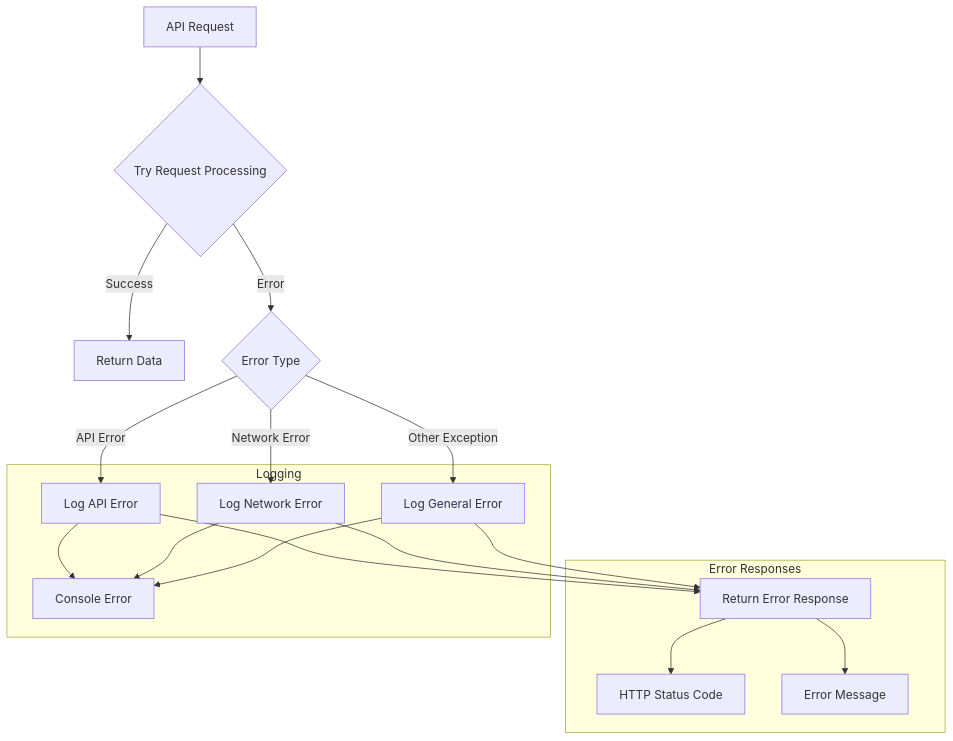
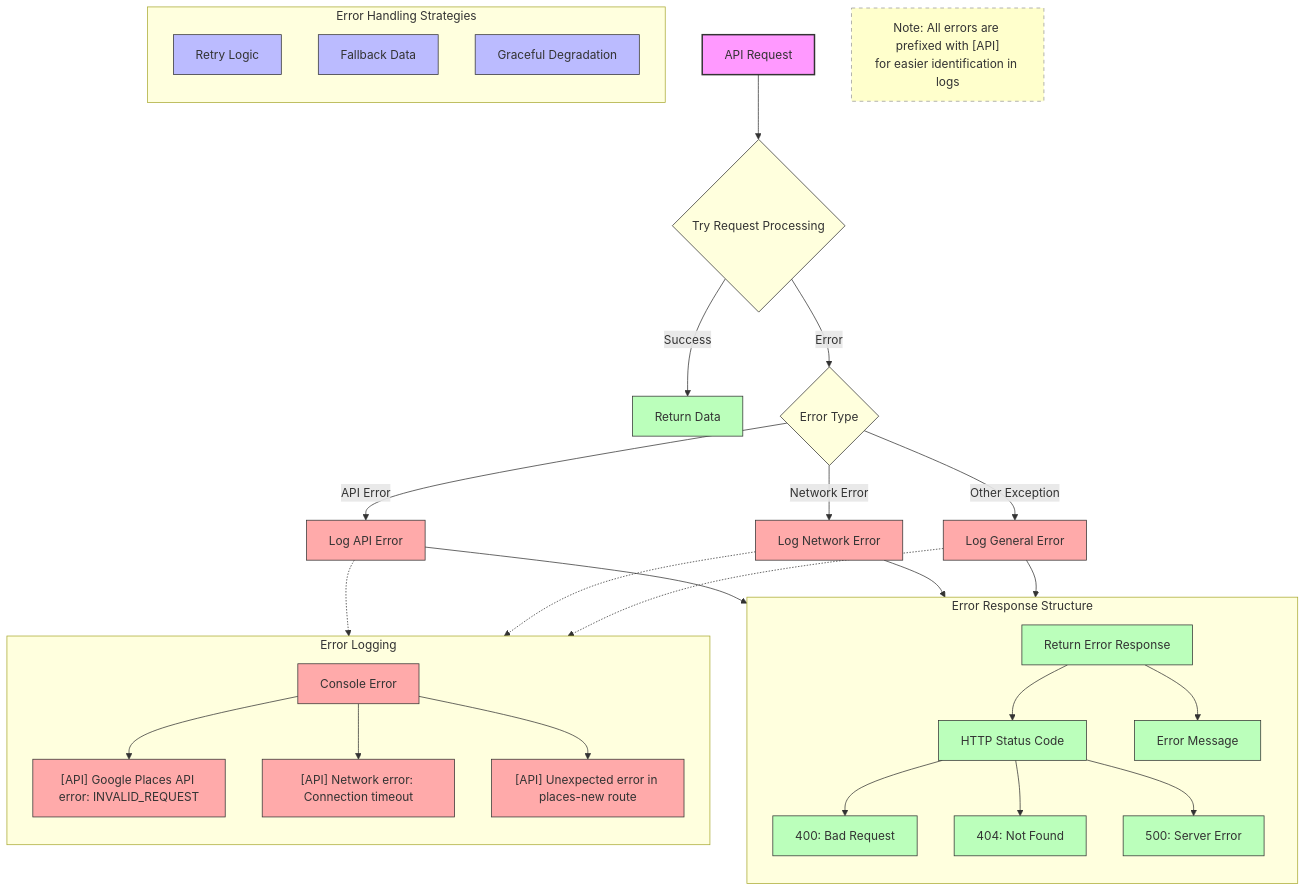
Before and after one commit to sotomaque/emoji-map-next: the sixth of 6 diagrams in README.md, drawn with Mermaid. The commit also changed other lines of this file and 18 other files, not shown here.

````diff
--- a/README.md
+++ b/README.md
@@ -383,26 +526,78 @@
 ```mermaid
 flowchart TD
-    A[API Request] --> B{Try Request Processing}
+    %% Error Handling Flow Diagram
+    %% Shows how errors are handled in the API
     
-    B -->|Success| C[Return Data]
-    B -->|Error| D{Error Type}
+    %% Define styles
+    classDef request fill:#f9f,stroke:#333,stroke-width:2px
+    classDef process fill:#bbf,stroke:#333,stroke-width:1px
+    classDef decision fill:#ffd,stroke:#333,stroke-width:1px,shape:diamond
+    classDef error fill:#faa,stroke:#333,stroke-width:1px
+    classDef response fill:#bfb,stroke:#333,stroke-width:1px
     
-    D -->|API Error| E[Log API Error]
-    D -->|Network Error| F[Log Network Error]
-    D -->|Other Exception| G[Log General Error]
+    %% Main flow
+    A[API Request]:::request --> B{Try Request Processing}:::decision
     
-    E --> H[Return Error Response]
+    %% Success path
+    B -->|Success| C[Return Data]:::response
+    
+    %% Error paths
+    B -->|Error| D{Error Type}:::decision
+    
+    D -->|API Error| E[Log API Error]:::error
+    D -->|Network Error| F[Log Network Error]:::error
+    D -->|Other Exception| G[Log General Error]:::error
+    
+    %% Error responses
+    E --> H[Return Error Response]:::response
     F --> H
     G --> H
     
-    subgraph Error Responses
-    H --> I[HTTP Status Code]
-    H --> J[Error Message]
+    %% Error response details
+    subgraph "Error Response Structure"
+        direction TB
+        H --> I[HTTP Status Code]:::response
+        H --> J[Error Message]:::response
+        
+        %% Add examples
+        I1["400: Bad Request"]:::response
+        I2["404: Not Found"]:::response
+        I3["500: Server Error"]:::response
+        
+        I --> I1
+        I --> I2
+        I --> I3
     end
     
-    subgraph Logging
-    E --> K[Console Error]
-    F --> K
-    G --> K
+    %% Logging details
+    subgraph "Error Logging"
+        direction TB
+        K[Console Error]:::error
+        
+        %% Add examples
+        K1["[API] Google Places API error: INVALID_REQUEST"]:::error
+        K2["[API] Network error: Connection timeout"]:::error
+        K3["[API] Unexpected error in places-new route"]:::error
+        
+        K --> K1
+        K --> K2
+        K --> K3
     end
+    
+    %% Connect logging to error types
+    E -.-> K1
+    F -.-> K2
+    G -.-> K3
+    
+    %% Add error handling strategies
+    subgraph "Error Handling Strategies"
+        direction TB
+        S1["Retry Logic"]:::process
+        S2["Fallback Data"]:::process
+        S3["Graceful Degradation"]:::process
+    end
+    
+    %% Add a note about error handling
+    note["Note: All errors are prefixed with [API]<br>for easier identification in logs"]
+    style note fill:#ffffcc,stroke:#999,stroke-width:1px,stroke-dasharray: 5 5
 ```
````
